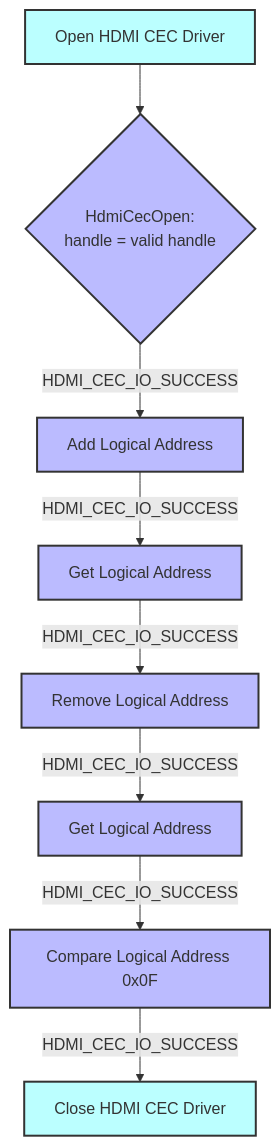
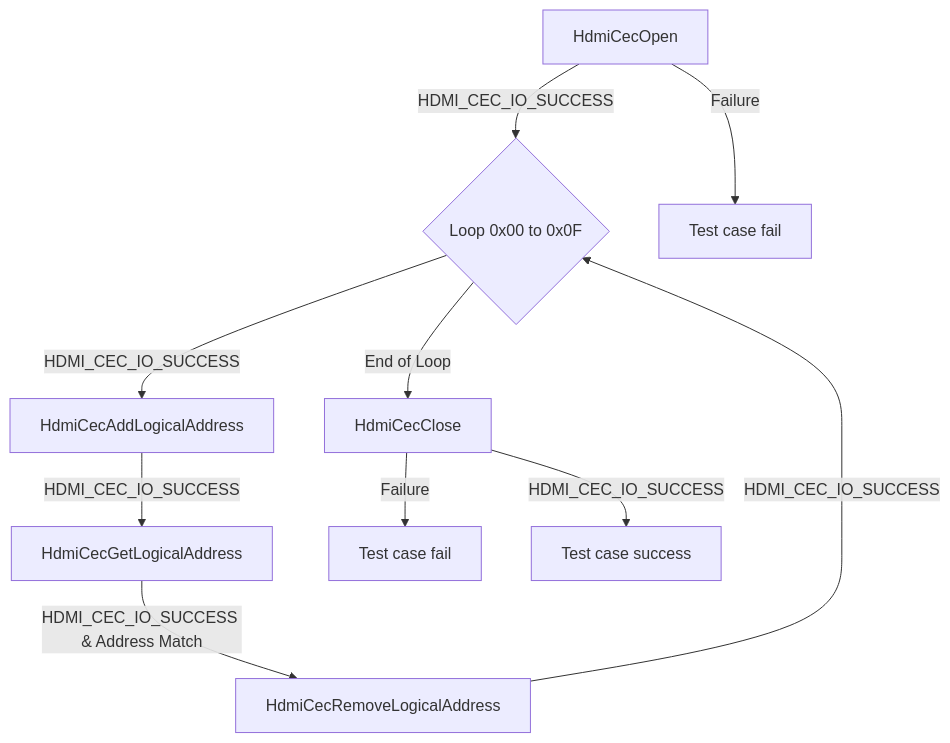
Before and after one commit to rdkcentral/rdk-halif-test-hdmi_cec: the second of 6 diagrams in docs/pages/hdmi-cec-sink_L2_Low-Level_TestSpec.md, drawn with Mermaid. The commit also changed other lines of this file, not shown here.

First line of the commit message:
gh #24 Update hdmi-cec-sink_L2_Low-Level_TestSpec.md

````diff
--- a/docs/pages/hdmi-cec-sink_L2_Low-Level_TestSpec.md
+++ b/docs/pages/hdmi-cec-sink_L2_Low-Level_TestSpec.md
@@ -167,19 +110,12 @@
 ```mermaid
-graph TD
-    style A fill:#bff,stroke:#333,stroke-width:2px
-    style B fill:#bbf,stroke:#333,stroke-width:2px
-    style C fill:#bbf,stroke:#333,stroke-width:2px
-    style D fill:#bbf,stroke:#333,stroke-width:2px
-    style E fill:#bbf,stroke:#333,stroke-width:2px
-    style F fill:#bbf,stroke:#333,stroke-width:2px
-    style G fill:#bff,stroke:#333,stroke-width:2px
-    style H fill:#bbf,stroke:#333,stroke-width:2px
-
-    A[Open HDMI CEC Driver] --> B{HdmiCecOpen:\n handle = valid handle}
-    B -->|HDMI_CEC_IO_SUCCESS| C[Add Logical Address]
-    C -->|HDMI_CEC_IO_SUCCESS| D[Get Logical Address]
-    D -->|HDMI_CEC_IO_SUCCESS| E[Remove Logical Address]
-    E -->|HDMI_CEC_IO_SUCCESS| F[Get Logical Address]
-    F -->|HDMI_CEC_IO_SUCCESS| H[Compare Logical Address 0x0F]
-    H -->|HDMI_CEC_IO_SUCCESS| G[Close HDMI CEC Driver]
+graph TB
+A[HdmiCecOpen] -->|HDMI_CEC_IO_SUCCESS| B{Loop 0x00 to 0x0F}
+B --> |HDMI_CEC_IO_SUCCESS| C[HdmiCecAddLogicalAddress]
+C --> |HDMI_CEC_IO_SUCCESS| D[HdmiCecGetLogicalAddress]
+D --> |HDMI_CEC_IO_SUCCESS & Address Match| E[HdmiCecRemoveLogicalAddress]
+E --> |HDMI_CEC_IO_SUCCESS| B
+B --> |End of Loop| F[HdmiCecClose]
+A -->|Failure| G[Test case fail]
+F -->|Failure| K[Test case fail]
+F -->|HDMI_CEC_IO_SUCCESS| L[Test case success]
 ```
````
